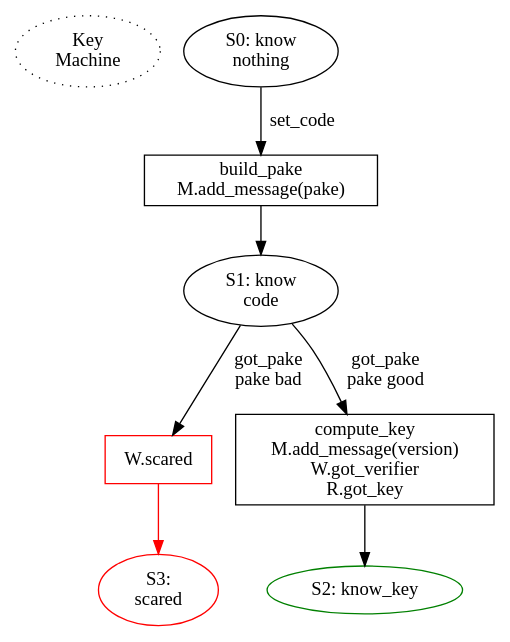
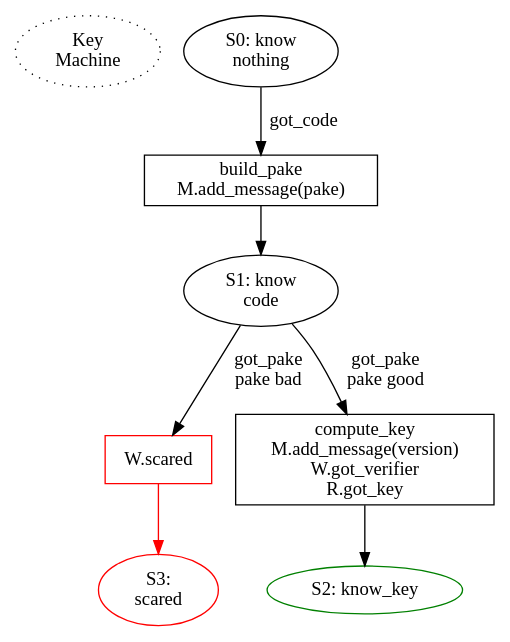
Before and after one commit to magic-wormhole/magic-wormhole: the diagram in docs/key.dot, drawn with Graphviz. The commit also changed 12 other files, not shown here.

```diff
--- a/docs/key.dot
+++ b/docs/key.dot
@@ -1,43 +1,43 @@
 digraph {
 
         /* could shave a RTT by committing to the nameplate early, before
         finishing the rest of the code input. While the user is still
         typing/completing the code, we claim the nameplate, open the mailbox,
         and retrieve the peer's PAKE message. Then as soon as the user
         finishes entering the code, we build our own PAKE message, send PAKE,
         compute the key, send VERSION. Starting from the Return, this saves
         two round trips. OTOH it adds consequences to hitting Tab. */
 
         start [label="Key\nMachine" style="dotted"]
 
         S0 [label="S0: know\nnothing"]
-        S0 -> P0_build [label="set_code"]
+        S0 -> P0_build [label="got_code"]
 
         P0_build [shape="box" label="build_pake\nM.add_message(pake)"]
         P0_build -> S1
         S1 [label="S1: know\ncode"]
 
         /* the Mailbox will deliver each message exactly once, but doesn't
         guarantee ordering: if Alice starts the process, then disconnects,
         then Bob starts (reading PAKE, sending both his PAKE and his VERSION
         phase), then Alice will see both PAKE and VERSION on her next
         connect, and might get the VERSION first.
 
         The Wormhole will queue inbound messages that it isn't ready for. The
         wormhole shim that lets applications do w.get(phase=) must do
         something similar, queueing inbound messages until it sees one for
         the phase it currently cares about.*/
 
         S1 -> P_mood_scary [label="got_pake\npake bad"]
         P_mood_scary [shape="box" color="red" label="W.scared"]
         P_mood_scary -> S3 [color="red"]
         S3 [label="S3:\nscared" color="red"]
         S1 -> P1_compute [label="got_pake\npake good"]
         #S1 -> P_mood_lonely [label="close"]
 
         P1_compute [label="compute_key\nM.add_message(version)\nW.got_verifier\nR.got_key" shape="box"]
         P1_compute -> S2
 
         S2 [label="S2: know_key" color="green"]
 
 }
```
